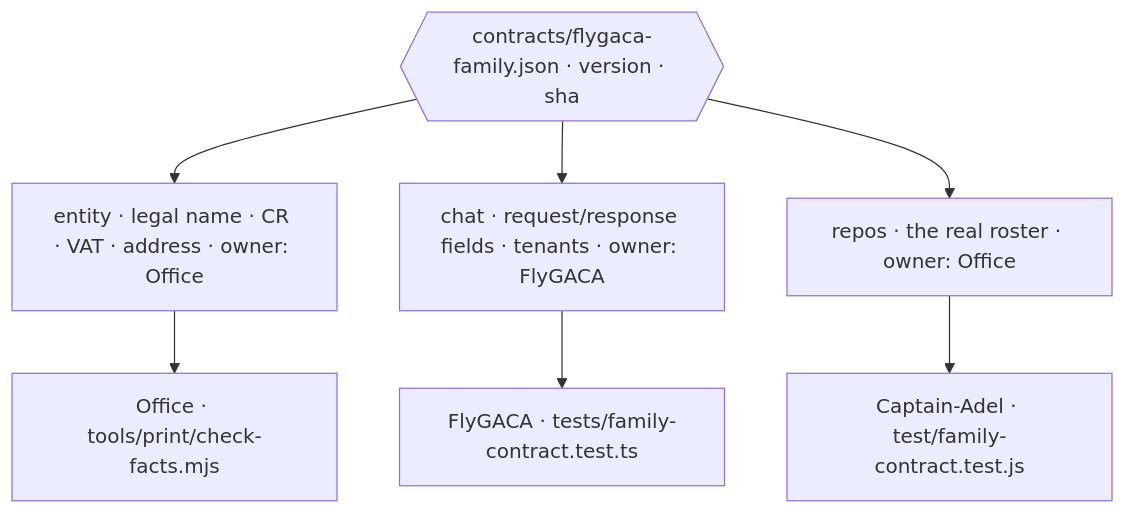
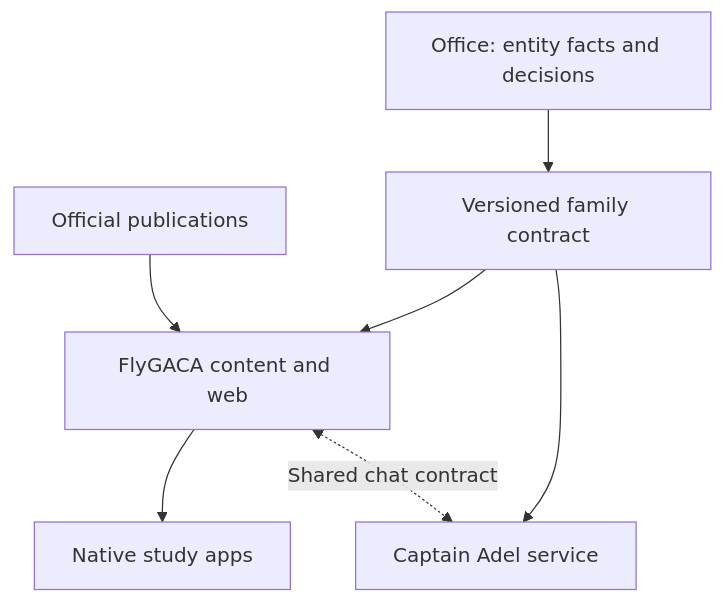
Before and after one commit to iflygaca/FlyGACA-Family: the diagram in README.md, drawn with Mermaid. The commit also changed other lines of this file and 3 other files, not shown here.

````diff
--- a/README.md
+++ b/README.md
@@ -154,11 +54,9 @@
 ```mermaid
-flowchart TB
-    C{{"contracts/flygaca-family.json · version · sha"}}
-    C --> E["entity · legal name · CR · VAT · address · owner: Office"]
-    C --> H["chat · request/response fields · tenants · owner: FlyGACA"]
-    C --> R["repos · the real roster · owner: Office"]
-
-    E --> G1["Office · tools/print/check-facts.mjs"]
-    H --> G2["FlyGACA · tests/family-contract.test.ts"]
-    R --> G3["Captain-Adel · test/family-contract.test.js"]
+flowchart TD
+    Official["Official publications"] --> Web["FlyGACA content and web"]
+    Web --> Native["Native study apps"]
+    Web <-. "Shared chat contract" .-> Adel["Captain Adel service"]
+    Office["Office: entity facts and decisions"] --> Contract["Versioned family contract"]
+    Contract --> Web
+    Contract --> Adel
 ```
````
